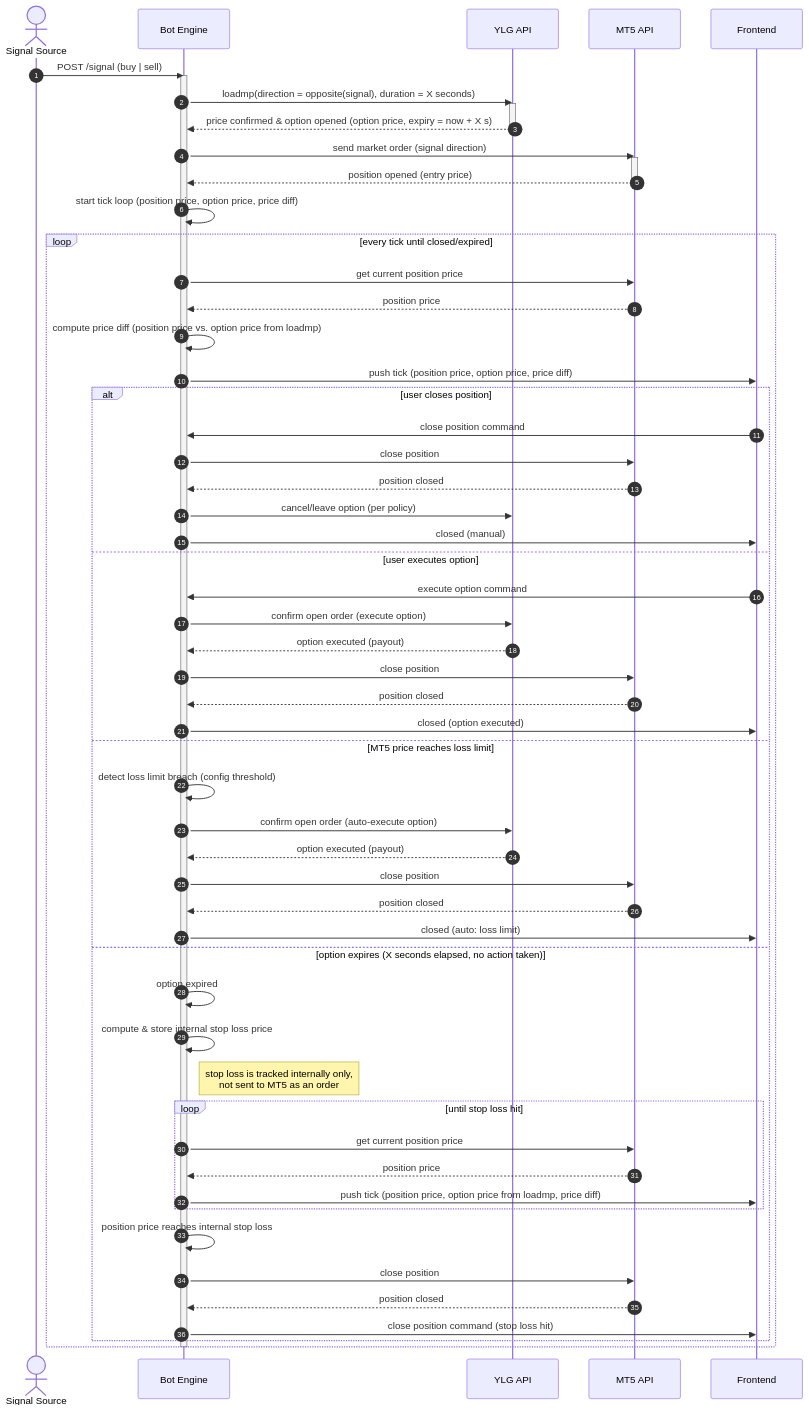
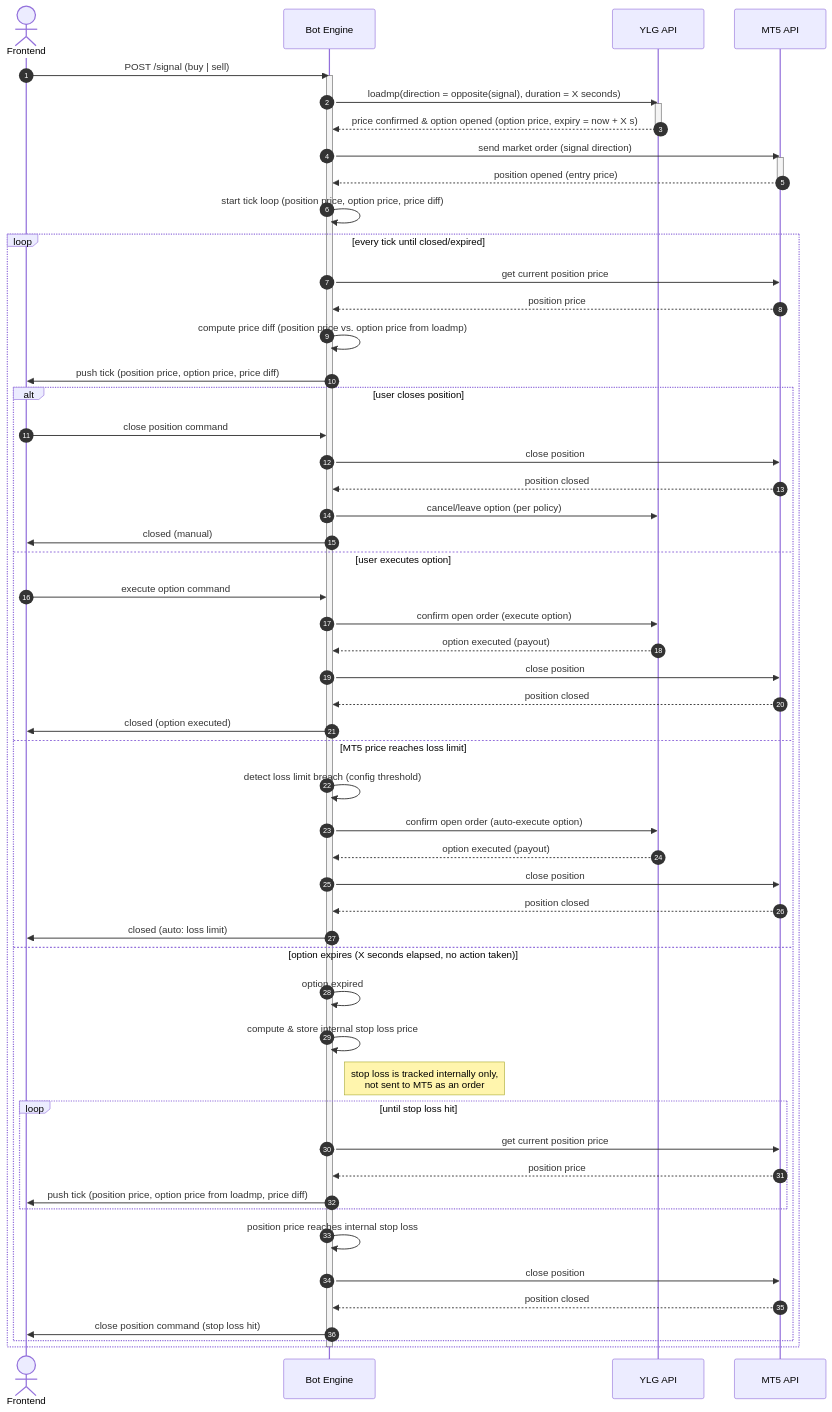
The diagram in diagrams/option-hedge-bot-sequence.md (jiradejcu/metatrader5-quant-server-python), drawn with Mermaid before and after one commit. The commit also changed other lines of this file, not shown here.

First line of the commit message:
Merge signal source and frontend into one participant

````diff
--- a/diagrams/option-hedge-bot-sequence.md
+++ b/diagrams/option-hedge-bot-sequence.md
@@ -8,68 +8,67 @@
 ```mermaid
 sequenceDiagram
     autonumber
-    actor Signal as Signal Source
+    actor FE as Frontend
     participant Bot as Bot Engine
     participant YLG as YLG API
     participant MT5 as MT5 API
-    participant FE as Frontend
 
-    Signal->>Bot: POST /signal (buy | sell)
+    FE->>Bot: POST /signal (buy | sell)
     activate Bot
 
     Bot->>YLG: loadmp(direction = opposite(signal), duration = X seconds)
     activate YLG
     YLG-->>Bot: price confirmed & option opened (option price, expiry = now + X s)
     deactivate YLG
 
     Bot->>MT5: send market order (signal direction)
     activate MT5
     MT5-->>Bot: position opened (entry price)
     deactivate MT5
 
     Bot->>Bot: start tick loop (position price, option price, price diff)
 
     loop every tick until closed/expired
         Bot->>MT5: get current position price
         MT5-->>Bot: position price
         Bot->>Bot: compute price diff (position price vs. option price from loadmp)
         Bot->>FE: push tick (position price, option price, price diff)
 
         alt user closes position
             FE->>Bot: close position command
             Bot->>MT5: close position
             MT5-->>Bot: position closed
             Bot->>YLG: cancel/leave option (per policy)
             Bot->>FE: closed (manual)
         else user executes option
             FE->>Bot: execute option command
             Bot->>YLG: confirm open order (execute option)
             YLG-->>Bot: option executed (payout)
             Bot->>MT5: close position
             MT5-->>Bot: position closed
             Bot->>FE: closed (option executed)
         else MT5 price reaches loss limit
             Bot->>Bot: detect loss limit breach (config threshold)
             Bot->>YLG: confirm open order (auto-execute option)
             YLG-->>Bot: option executed (payout)
             Bot->>MT5: close position
             MT5-->>Bot: position closed
             Bot->>FE: closed (auto: loss limit)
         else option expires (X seconds elapsed, no action taken)
             Bot->>Bot: option expired
             Bot->>Bot: compute & store internal stop loss price
             Note right of Bot: stop loss is tracked internally only,<br/>not sent to MT5 as an order
             loop until stop loss hit
                 Bot->>MT5: get current position price
                 MT5-->>Bot: position price
                 Bot->>FE: push tick (position price, option price from loadmp, price diff)
             end
             Bot->>Bot: position price reaches internal stop loss
             Bot->>MT5: close position
             MT5-->>Bot: position closed
             Bot->>FE: close position command (stop loss hit)
         end
     end
 
     deactivate Bot
 ```
````
